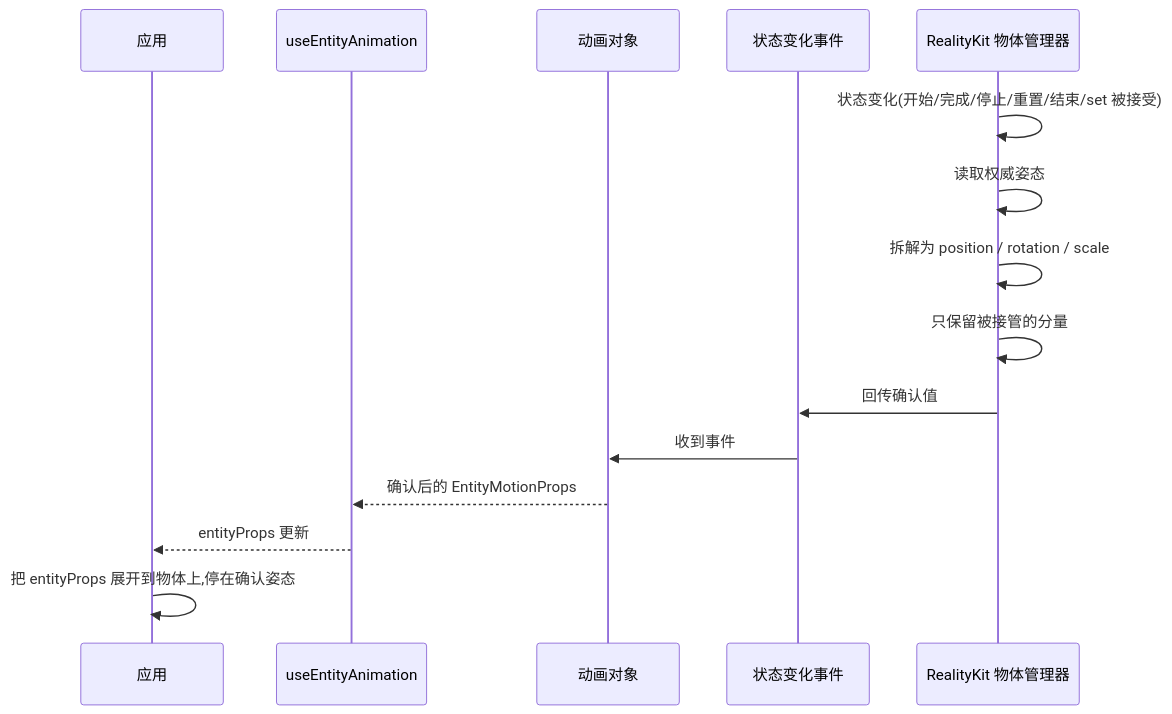
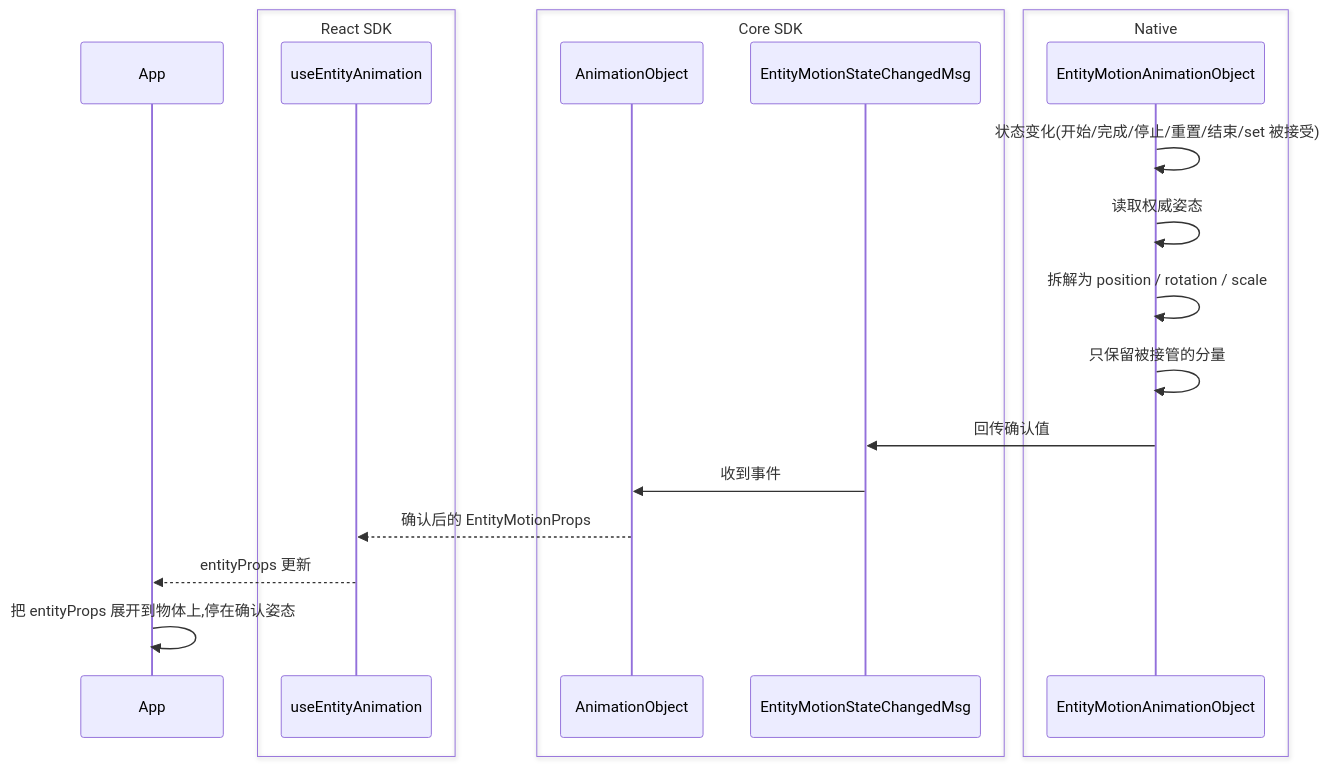
Before and after one commit to webspatial/webspatial-sdk: the fourth of 14 diagrams in openspec/changes/redesign-entity-motion-api/design.zh.md, drawn with Mermaid. The commit also changed other lines of this file and 3 other files, not shown here.

Commit message:
update spec structure and diagram

````diff
--- a/openspec/changes/redesign-entity-motion-api/design.zh.md
+++ b/openspec/changes/redesign-entity-motion-api/design.zh.md
@@ -320,18 +411,24 @@
 ```mermaid
 sequenceDiagram
-    participant App as 应用
-    participant Hook as useEntityAnimation
-    participant Obj as 动画对象
-    participant Event as 状态变化事件
-    participant Native as RealityKit 物体管理器
+    participant App
+    box React SDK
+        participant Hook as useEntityAnimation
+    end
+    box Core SDK
+        participant Obj as AnimationObject
+        participant Event as EntityMotionStateChangedMsg
+    end
+    box Native
+        participant NativeObj as EntityMotionAnimationObject
+    end
 
-    Native->>Native: 状态变化(开始/完成/停止/重置/结束/set 被接受)
-    Native->>Native: 读取权威姿态
-    Native->>Native: 拆解为 position / rotation / scale
-    Native->>Native: 只保留被接管的分量
-    Native->>Event: 回传确认值
+    NativeObj->>NativeObj: 状态变化(开始/完成/停止/重置/结束/set 被接受)
+    NativeObj->>NativeObj: 读取权威姿态
+    NativeObj->>NativeObj: 拆解为 position / rotation / scale
+    NativeObj->>NativeObj: 只保留被接管的分量
+    NativeObj->>Event: 回传确认值
     Event->>Obj: 收到事件
     Obj-->>Hook: 确认后的 EntityMotionProps
     Hook-->>App: entityProps 更新
     App->>App: 把 entityProps 展开到物体上,停在确认姿态
 ```
````
